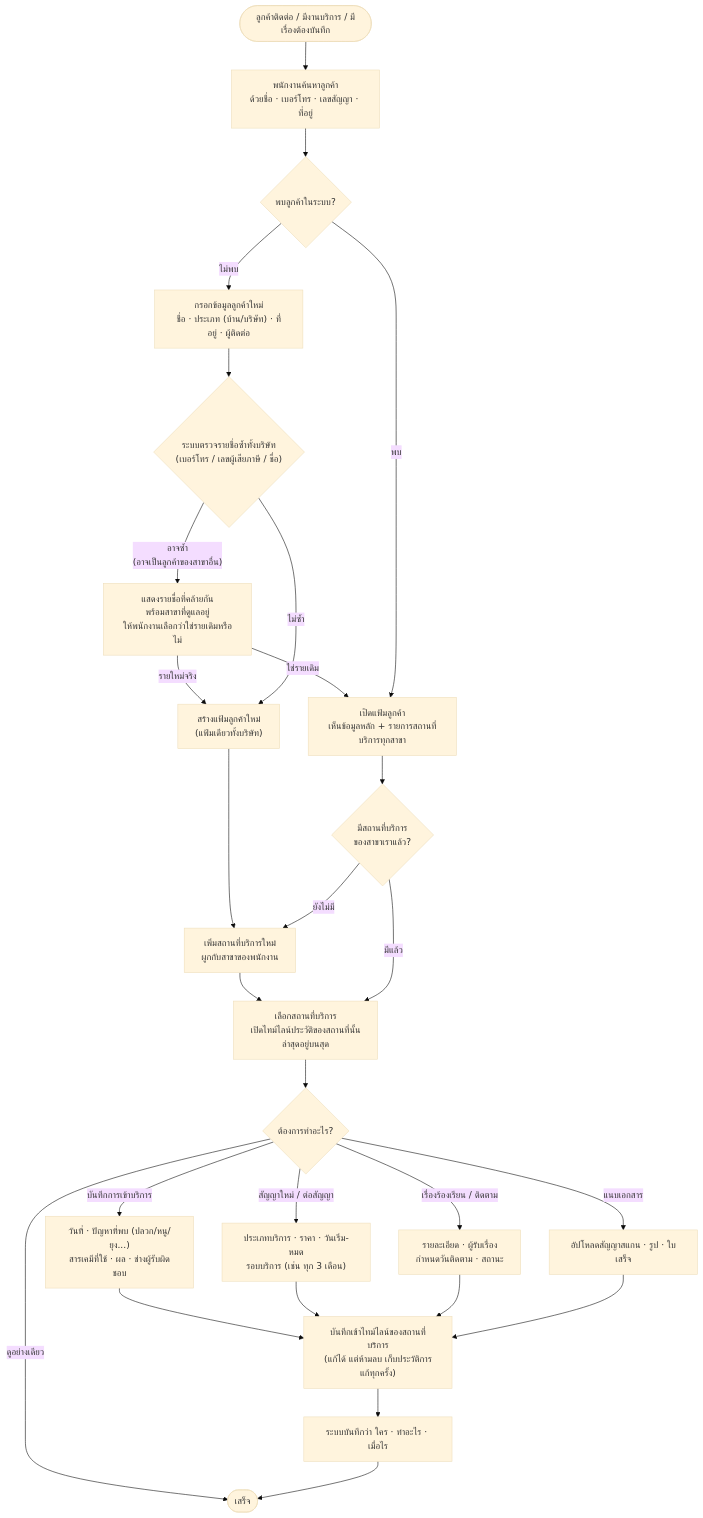
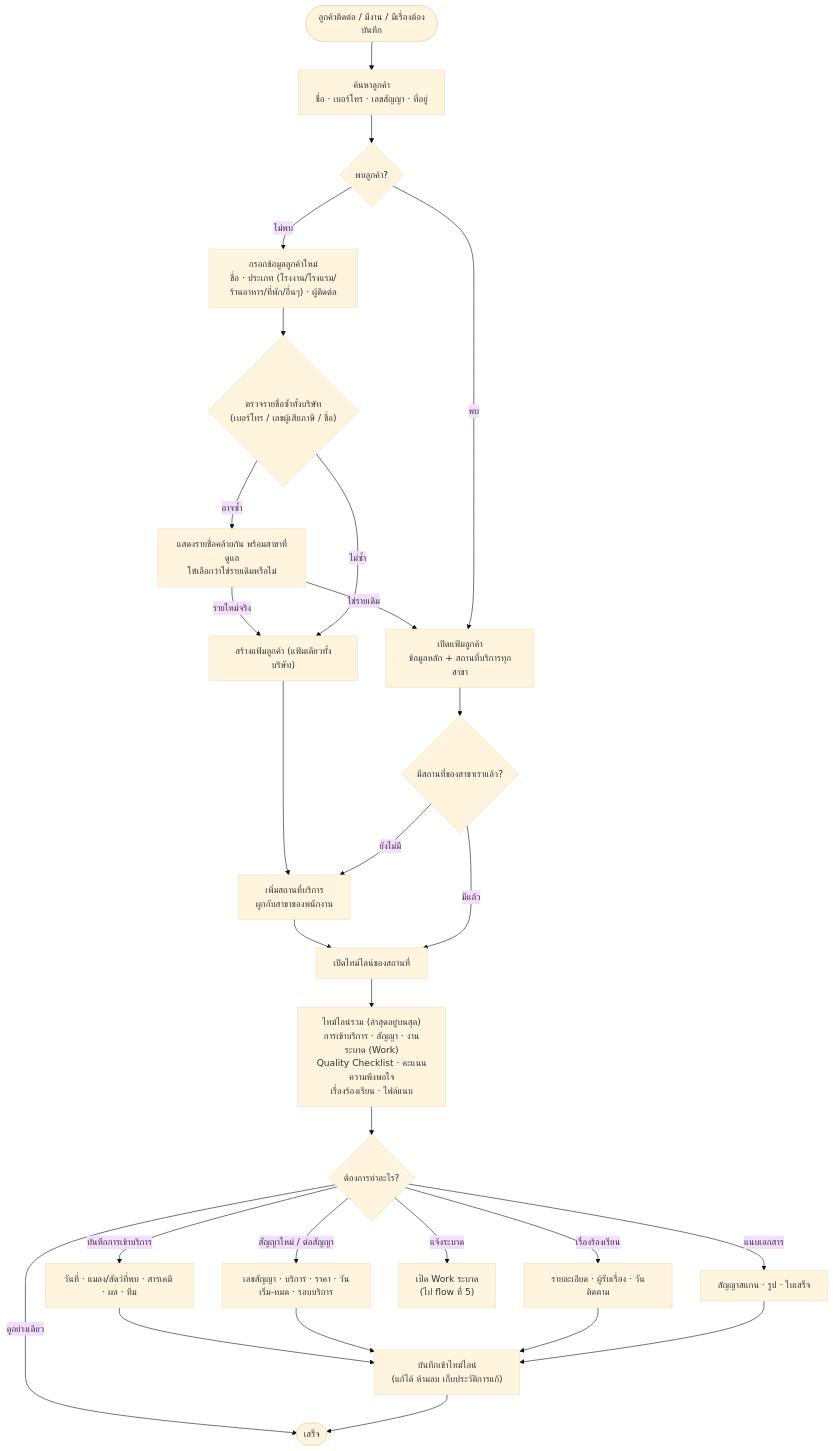
The third of 12 diagrams in docs/research/2026-11-07-advance-group-asia-workflow-diagrams.md (warayuthsema-alt/my-house-sh2401), drawn with Mermaid (base theme) before and after one commit. The commit also changed other lines of this file and 1 other file, not shown here.

First line of the commit message:
Workflow diagrams v4: merge Customer History into Advance Quality System

````diff
--- a/docs/research/2026-11-07-advance-group-asia-workflow-diagrams.md
+++ b/docs/research/2026-11-07-advance-group-asia-workflow-diagrams.md
@@ -60,31 +77,30 @@
 ```mermaid
 flowchart TD
-    A(["ลูกค้าติดต่อ / มีงานบริการ / มีเรื่องต้องบันทึก"]) --> B["พนักงานค้นหาลูกค้า<br/>ด้วยชื่อ · เบอร์โทร · เลขสัญญา · ที่อยู่"]
-    B --> C{"พบลูกค้าในระบบ?"}
+    A(["ลูกค้าติดต่อ / มีงาน / มีเรื่องต้องบันทึก"]) --> B["ค้นหาลูกค้า<br/>ชื่อ · เบอร์โทร · เลขสัญญา · ที่อยู่"]
+    B --> C{"พบลูกค้า?"}
 
-    C -- "ไม่พบ" --> D["กรอกข้อมูลลูกค้าใหม่<br/>ชื่อ · ประเภท (บ้าน/บริษัท) · ที่อยู่ · ผู้ติดต่อ"]
-    D --> E{"ระบบตรวจรายชื่อซ้ำทั้งบริษัท<br/>(เบอร์โทร / เลขผู้เสียภาษี / ชื่อ)"}
-    E -- "อาจซ้ำ<br/>(อาจเป็นลูกค้าของสาขาอื่น)" --> F["แสดงรายชื่อที่คล้ายกัน<br/>พร้อมสาขาที่ดูแลอยู่<br/>ให้พนักงานเลือกว่าใช่รายเดิมหรือไม่"]
+    C -- "ไม่พบ" --> D["กรอกข้อมูลลูกค้าใหม่<br/>ชื่อ · ประเภท (โรงงาน/โรงแรม/ร้านอาหาร/ที่พัก/อื่นๆ) · ผู้ติดต่อ"]
+    D --> E{"ตรวจรายชื่อซ้ำทั้งบริษัท<br/>(เบอร์โทร / เลขผู้เสียภาษี / ชื่อ)"}
+    E -- "อาจซ้ำ" --> F["แสดงรายชื่อคล้ายกัน พร้อมสาขาที่ดูแล<br/>ให้เลือกว่าใช่รายเดิมหรือไม่"]
     F -- "ใช่รายเดิม" --> G
-    F -- "รายใหม่จริง" --> H["สร้างแฟ้มลูกค้าใหม่<br/>(แฟ้มเดียวทั้งบริษัท)"]
+    F -- "รายใหม่จริง" --> H["สร้างแฟ้มลูกค้า (แฟ้มเดียวทั้งบริษัท)"]
     E -- "ไม่ซ้ำ" --> H
     H --> S1
 
-    C -- "พบ" --> G["เปิดแฟ้มลูกค้า<br/>เห็นข้อมูลหลัก + รายการสถานที่บริการทุกสาขา"]
+    C -- "พบ" --> G["เปิดแฟ้มลูกค้า<br/>ข้อมูลหลัก + สถานที่บริการทุกสาขา"]
+    G --> S{"มีสถานที่ของสาขาเราแล้ว?"}
+    S -- "ยังไม่มี" --> S1["เพิ่มสถานที่บริการ<br/>ผูกกับสาขาของพนักงาน"] --> P
+    S -- "มีแล้ว" --> P["เปิดไทม์ไลน์ของสถานที่"]
 
-    G --> S{"มีสถานที่บริการ<br/>ของสาขาเราแล้ว?"}
-    S -- "ยังไม่มี" --> S1["เพิ่มสถานที่บริการใหม่<br/>ผูกกับสาขาของพนักงาน"]
-    S1 --> P
-    S -- "มีแล้ว" --> P["เลือกสถานที่บริการ<br/>เปิดไทม์ไลน์ประวัติของสถานที่นั้น<br/>ล่าสุดอยู่บนสุด"]
-
-    P --> I{"ต้องการทำอะไร?"}
-    I -- "บันทึกการเข้าบริการ" --> J["วันที่ · ปัญหาที่พบ (ปลวก/หนู/ยุง...)<br/>สารเคมีที่ใช้ · ผล · ช่างผู้รับผิดชอบ"]
-    I -- "สัญญาใหม่ / ต่อสัญญา" --> K["ประเภทบริการ · ราคา · วันเริ่ม-หมด<br/>รอบบริการ (เช่น ทุก 3 เดือน)"]
-    I -- "เรื่องร้องเรียน / ติดตาม" --> L["รายละเอียด · ผู้รับเรื่อง<br/>กำหนดวันติดตาม · สถานะ"]
-    I -- "แนบเอกสาร" --> M["อัปโหลดสัญญาสแกน · รูป · ใบเสร็จ"]
+    P --> T["ไทม์ไลน์รวม (ล่าสุดอยู่บนสุด)<br/>การเข้าบริการ · สัญญา · งานระบาด (Work)<br/>Quality Checklist · คะแนนความพึงพอใจ<br/>เรื่องร้องเรียน · ไฟล์แนบ"]
+    T --> I{"ต้องการทำอะไร?"}
+    I -- "บันทึกการเข้าบริการ" --> J["วันที่ · แมลง/สัตว์ที่พบ · สารเคมี · ผล · ทีม"]
+    I -- "สัญญาใหม่ / ต่อสัญญา" --> K["เลขสัญญา · บริการ · ราคา · วันเริ่ม-หมด · รอบบริการ"]
+    I -- "เรื่องร้องเรียน" --> L["รายละเอียด · ผู้รับเรื่อง · วันติดตาม"]
+    I -- "แจ้งระบาด" --> W["เปิด Work ระบาด<br/>(ไป flow ที่ 5)"]
+    I -- "แนบเอกสาร" --> M["สัญญาสแกน · รูป · ใบเสร็จ"]
     I -- "ดูอย่างเดียว" --> Z
 
-    J & K & L & M --> N["บันทึกเข้าไทม์ไลน์ของสถานที่บริการ<br/>(แก้ได้ แต่ห้ามลบ เก็บประวัติการแก้ทุกครั้ง)"]
-    N --> O["ระบบบันทึกว่า ใคร · ทำอะไร · เมื่อไร"]
-    O --> Z(["เสร็จ"])
+    J & K & L & M --> N["บันทึกเข้าไทม์ไลน์<br/>(แก้ได้ ห้ามลบ เก็บประวัติการแก้)"]
+    N --> Z(["เสร็จ"])
 ```
````
